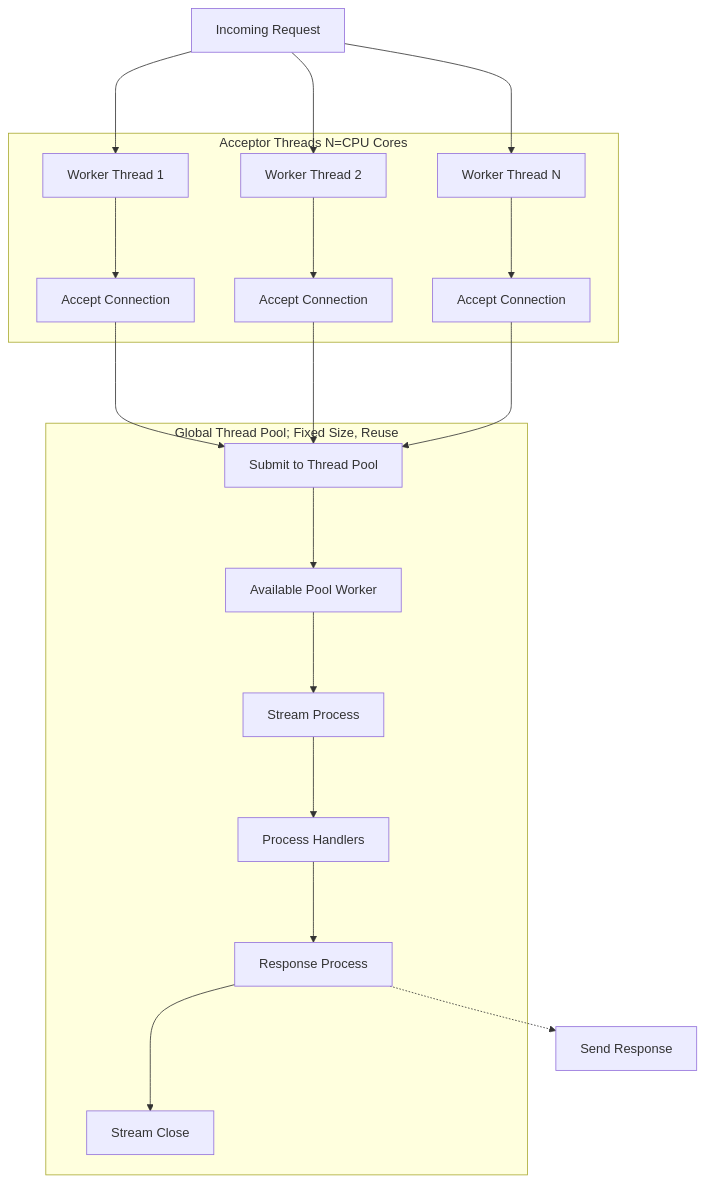
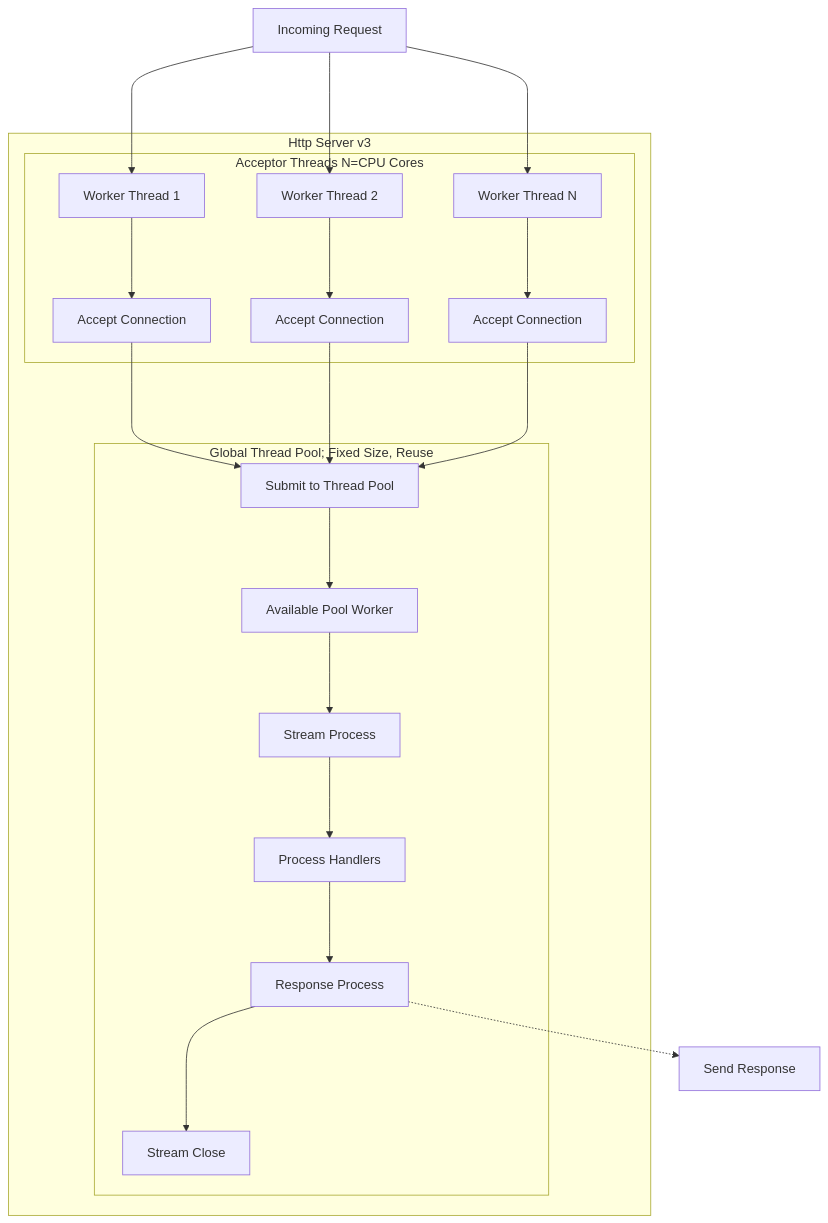
The third of 3 diagrams in README.md (prothegee/http-server-design-architect-in-zig), drawn with Mermaid before and after one commit. The commit also changed other lines of this file, not shown here.

````diff
--- a/README.md
+++ b/README.md
@@ -166,52 +202,57 @@
 ```mermaid
 graph TD
 
 A[Incoming Request]
 B[Worker Thread 1]
 C[Worker Thread 2]
 D[Worker Thread N]
 E[Accept Connection]
 E2[Accept Connection]
 E3[Accept Connection]
 F[Submit to Thread Pool]
 G[Available Pool Worker]
 H[Stream Process]
 I[Process Handlers]
 J[Response Process]
 K[Stream Close]
 L[Send Response]
 
 A--->B
 A--->C
 A--->D
 B--->E
 C--->E2
 D--->E3
 E--->F
 E2--->F
 E3--->F
 F--->G
 G--->H
 H--->I
 I--->J
 J--->K
 J-.->L
 
+subgraph HttpServeV3[Http Server v3]
+    Acceptors
+    ThreadPool
+end
+
 subgraph Acceptors[Acceptor Threads N=CPU Cores]
     B
     C
     D
     E
     E2
     E3
 end
 
 subgraph ThreadPool[Global Thread Pool; Fixed Size, Reuse]
     F
     G
     H
     I
     J
     K
 end
 ```
````
